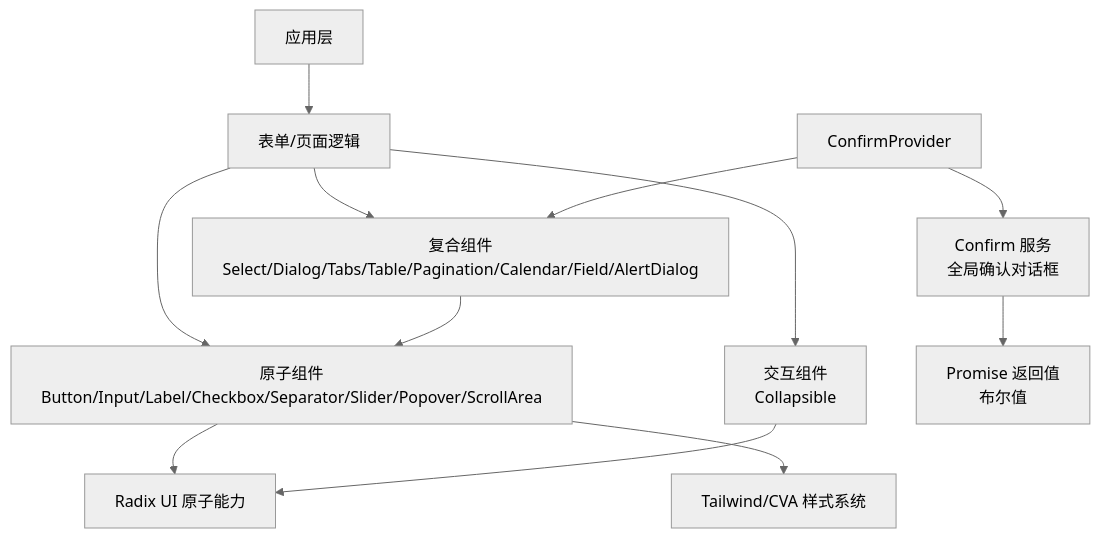
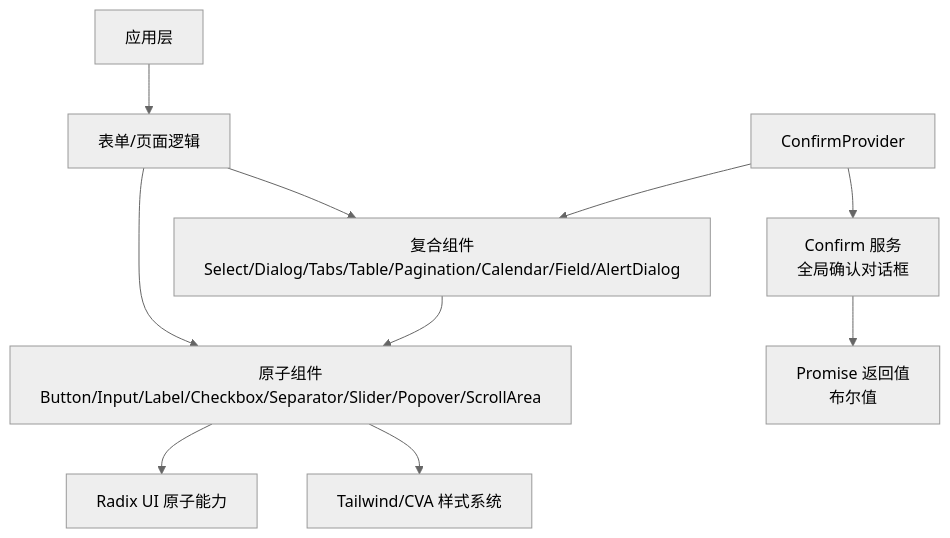
The second of 3 diagrams in .qoder/repowiki/zh/content/前端组件/UI 组件库.md (RadiumAg/AIGate), drawn with Mermaid (neutral theme) before and after one commit. The commit also changed other lines of this file and 15 other files, not shown here.

````diff
--- a/.qoder/repowiki/zh/content/前端组件/UI 组件库.md
+++ b/.qoder/repowiki/zh/content/前端组件/UI 组件库.md
@@ -161,14 +200,12 @@
 ```mermaid
 graph TB
 A["应用层"] --> B["表单/页面逻辑"]
 B --> C["复合组件<br/>Select/Dialog/Tabs/Table/Pagination/Calendar/Field/AlertDialog"]
 B --> D["原子组件<br/>Button/Input/Label/Checkbox/Separator/Slider/Popover/ScrollArea"]
-B --> E["交互组件<br/>Collapsible"]
 C --> D
-D --> F["Radix UI 原子能力"]
-D --> G["Tailwind/CVA 样式系统"]
-H["ConfirmProvider"] --> C
-H --> I["Confirm 服务<br/>全局确认对话框"]
-I --> J["Promise 返回值<br/>布尔值"]
-E --> F
+D --> E["Radix UI 原子能力"]
+D --> F["Tailwind/CVA 样式系统"]
+G["ConfirmProvider"] --> C
+G --> H["Confirm 服务<br/>全局确认对话框"]
+H --> I["Promise 返回值<br/>布尔值"]
 ```
````
